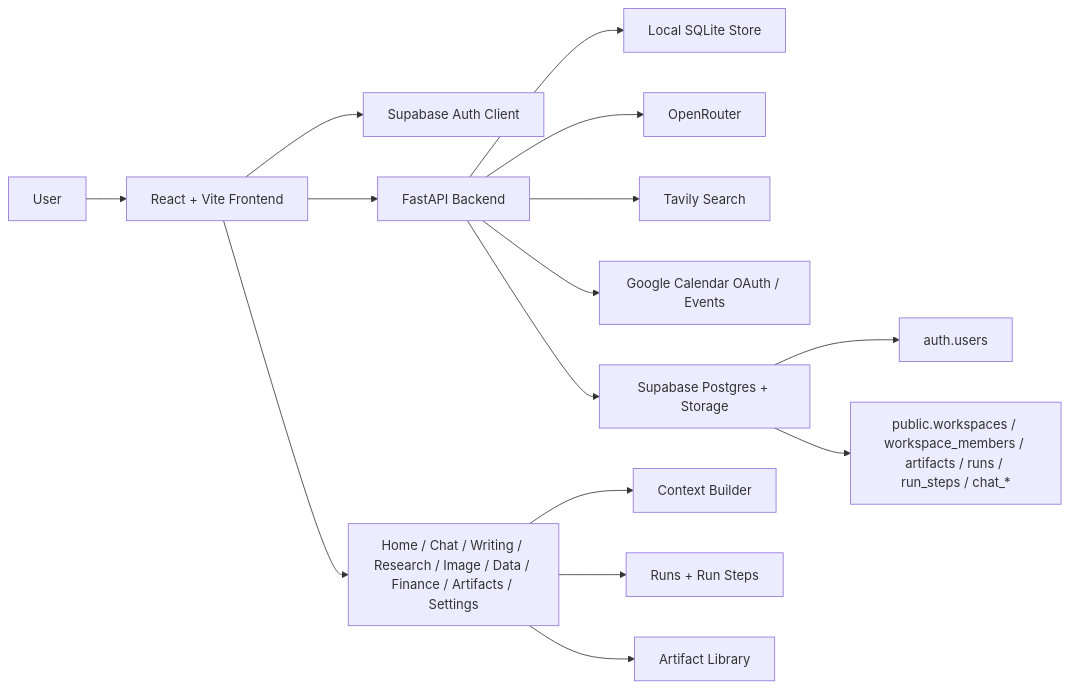
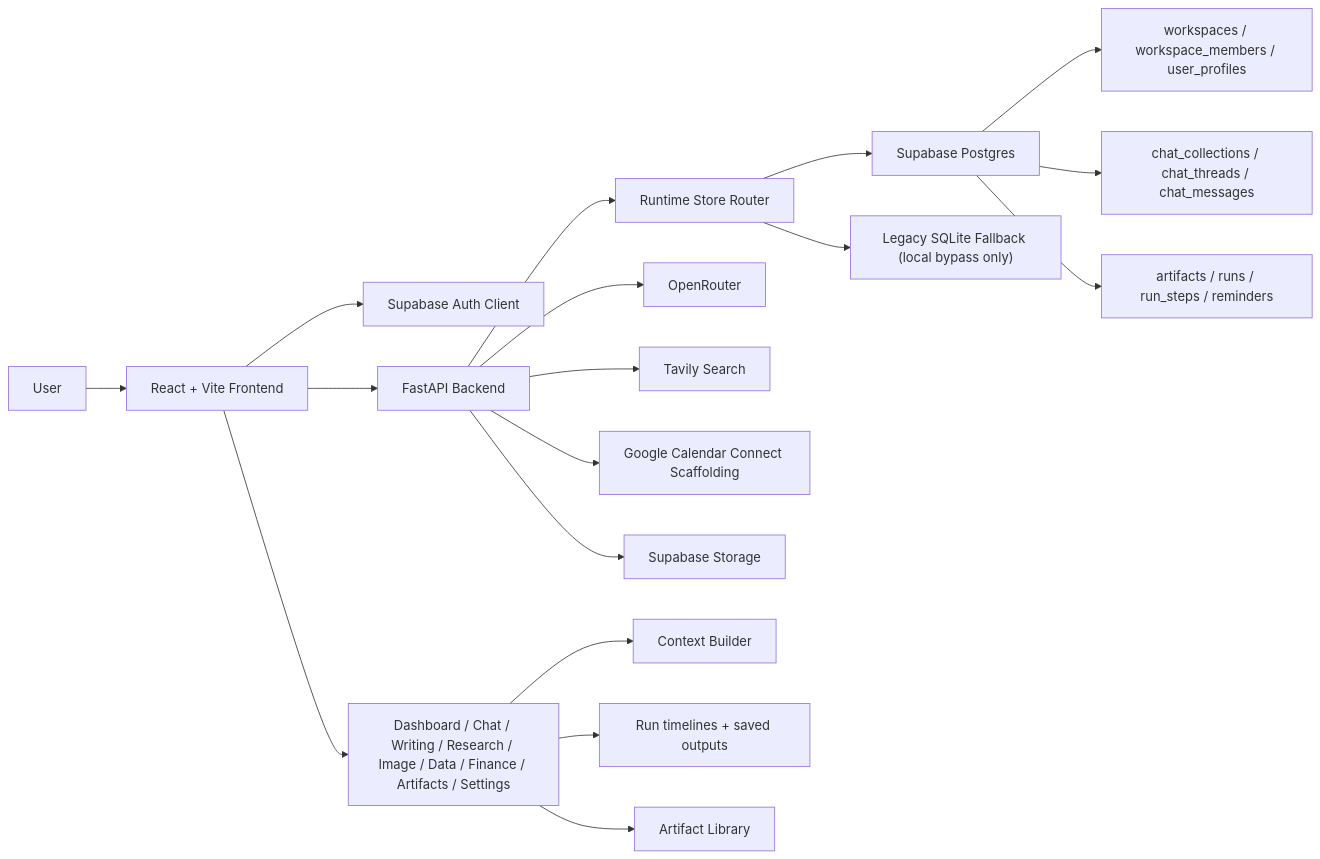
The diagram in docs/system-architecture.md (KushagraBharti/Beyond-Chat), drawn with Mermaid before and after one commit. The commit also changed other lines of this file and 5 other files, not shown here.

````diff
--- a/docs/system-architecture.md
+++ b/docs/system-architecture.md
@@ -3,20 +3,24 @@
 ```mermaid
 flowchart LR
     User["User"] --> FE["React + Vite Frontend"]
     FE --> Auth["Supabase Auth Client"]
     FE --> API["FastAPI Backend"]
 
-    API --> Local["Local SQLite Store"]
+    API --> Runtime["Runtime Store Router"]
+    Runtime --> PG["Supabase Postgres"]
+    Runtime --> Local["Legacy SQLite Fallback (local bypass only)"]
+
     API --> OR["OpenRouter"]
     API --> Tavily["Tavily Search"]
-    API --> Google["Google Calendar OAuth / Events"]
-    API --> SB["Supabase Postgres + Storage"]
+    API --> Google["Google Calendar Connect Scaffolding"]
+    API --> Storage["Supabase Storage"]
 
-    SB --> AuthUsers["auth.users"]
-    SB --> PublicTables["public.workspaces / workspace_members / artifacts / runs / run_steps / chat_*"]
+    PG --> Workspace["workspaces / workspace_members / user_profiles"]
+    PG --> Chat["chat_collections / chat_threads / chat_messages"]
+    PG --> Work["artifacts / runs / run_steps / reminders"]
 
-    FE --> Studios["Home / Chat / Writing / Research / Image / Data / Finance / Artifacts / Settings"]
+    FE --> Studios["Dashboard / Chat / Writing / Research / Image / Data / Finance / Artifacts / Settings"]
     Studios --> Context["Context Builder"]
-    Studios --> Runs["Runs + Run Steps"]
-    Studios --> Artifacts["Artifact Library"]
+    Studios --> Runs["Run timelines + saved outputs"]
+    Studios --> Library["Artifact Library"]
 ```
````
